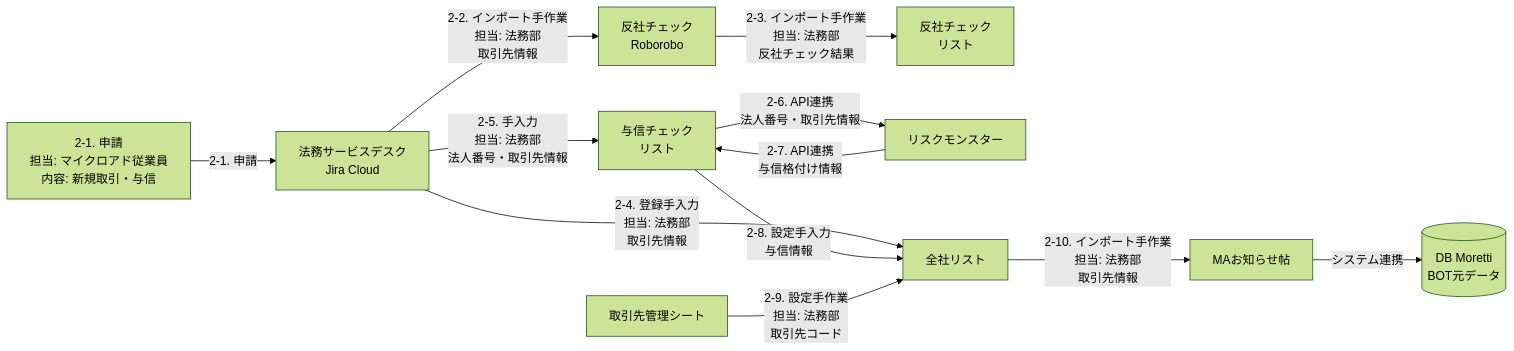
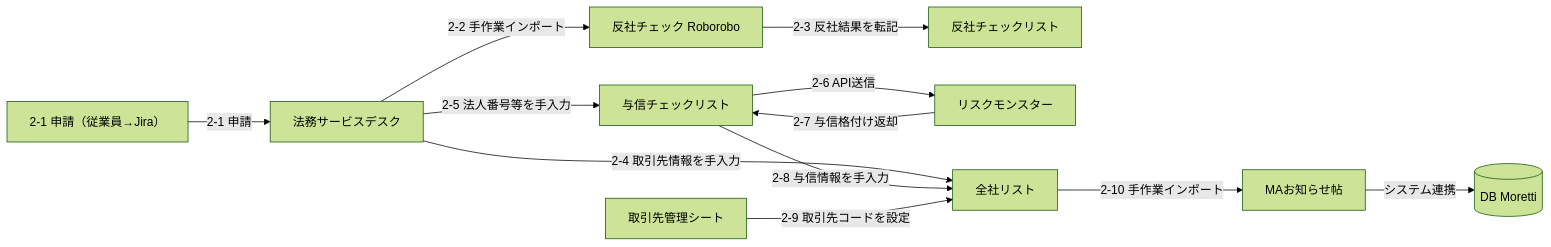
One commit to rikuxxer/sample changed the sixth of 9 diagrams in README.md. Above: the diagram before and after it, drawn with Mermaid (forest theme). The commit also changed other lines of this file, not shown here.

````diff
--- a/README.md
+++ b/README.md
@@ -958,25 +1102,25 @@
 ```mermaid
 flowchart LR
-  Start["2-1. 申請\n担当: マイクロアド従業員\n内容: 新規取引・与信"]
-  Jira["法務サービスデスク\nJira Cloud"]
-  Roborobo["反社チェック\nRoborobo"]
-  AntiList["反社チェック\nリスト"]
-  CreditList["与信チェック\nリスト"]
+  Start["2-1 申請（従業員→Jira）"]
+  Jira["法務サービスデスク"]
+  Roborobo["反社チェック Roborobo"]
+  AntiList["反社チェックリスト"]
+  CreditList["与信チェックリスト"]
   RiskMonster["リスクモンスター"]
   ZenshaList["全社リスト"]
   VendorMasterSheet["取引先管理シート"]
   MANotice["MAお知らせ帖"]
-  Moretti[("DB Moretti\nBOT元データ")]
+  Moretti[("DB Moretti")]
 
-  Start -->|"2-1. 申請"| Jira
-  Jira -->|"2-2. インポート手作業\n担当: 法務部\n取引先情報"| Roborobo
-  Roborobo -->|"2-3. インポート手作業\n担当: 法務部\n反社チェック結果"| AntiList
-  Jira -->|"2-4. 登録手入力\n担当: 法務部\n取引先情報"| ZenshaList
-  Jira -->|"2-5. 手入力\n担当: 法務部\n法人番号・取引先情報"| CreditList
-  CreditList -->|"2-6. API連携\n法人番号・取引先情報"| RiskMonster
-  RiskMonster -->|"2-7. API連携\n与信格付け情報"| CreditList
-  CreditList -->|"2-8. 設定手入力\n与信情報"| ZenshaList
-  VendorMasterSheet -->|"2-9. 設定手作業\n担当: 法務部\n取引先コード"| ZenshaList
-  ZenshaList -->|"2-10. インポート手作業\n担当: 法務部\n取引先情報"| MANotice
+  Start -->|"2-1 申請"| Jira
+  Jira -->|"2-2 手作業インポート"| Roborobo
+  Roborobo -->|"2-3 反社結果を転記"| AntiList
+  Jira -->|"2-4 取引先情報を手入力"| ZenshaList
+  Jira -->|"2-5 法人番号等を手入力"| CreditList
+  CreditList -->|"2-6 API送信"| RiskMonster
+  RiskMonster -->|"2-7 与信格付け返却"| CreditList
+  CreditList -->|"2-8 与信情報を手入力"| ZenshaList
+  VendorMasterSheet -->|"2-9 取引先コードを設定"| ZenshaList
+  ZenshaList -->|"2-10 手作業インポート"| MANotice
   MANotice -->|"システム連携"| Moretti
 ```
````
